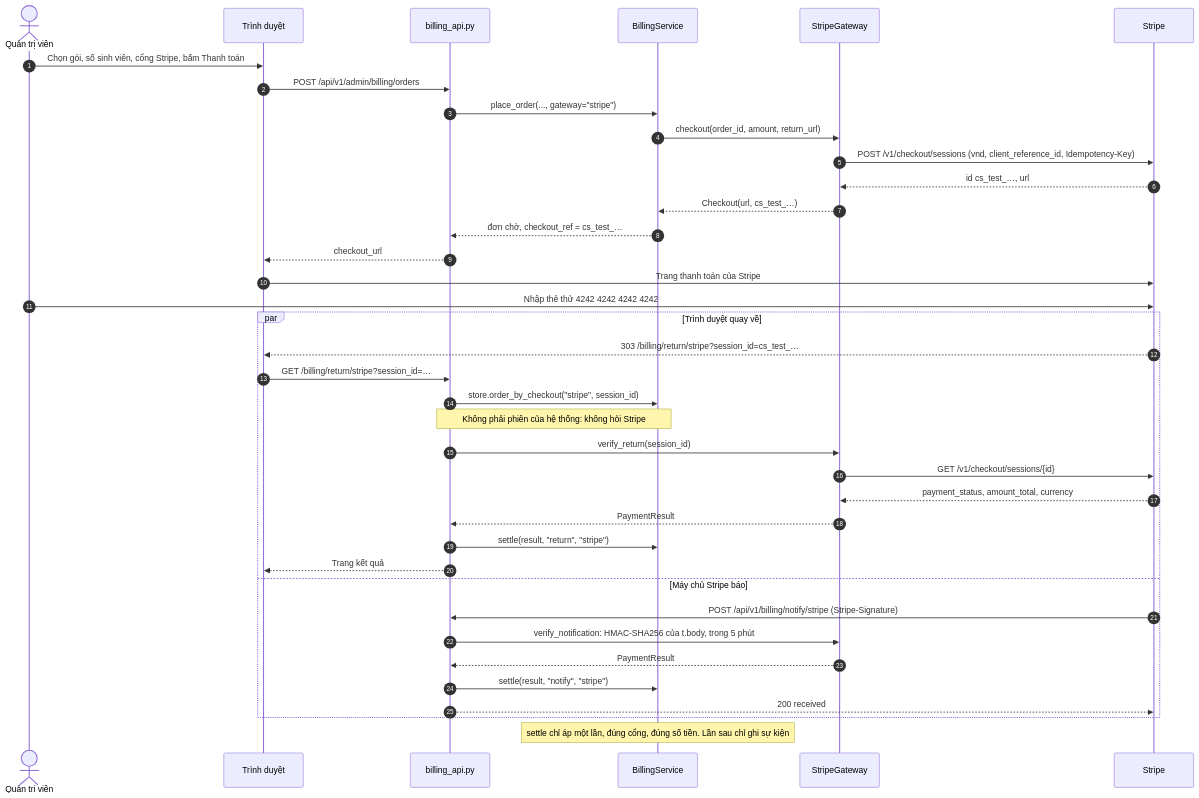
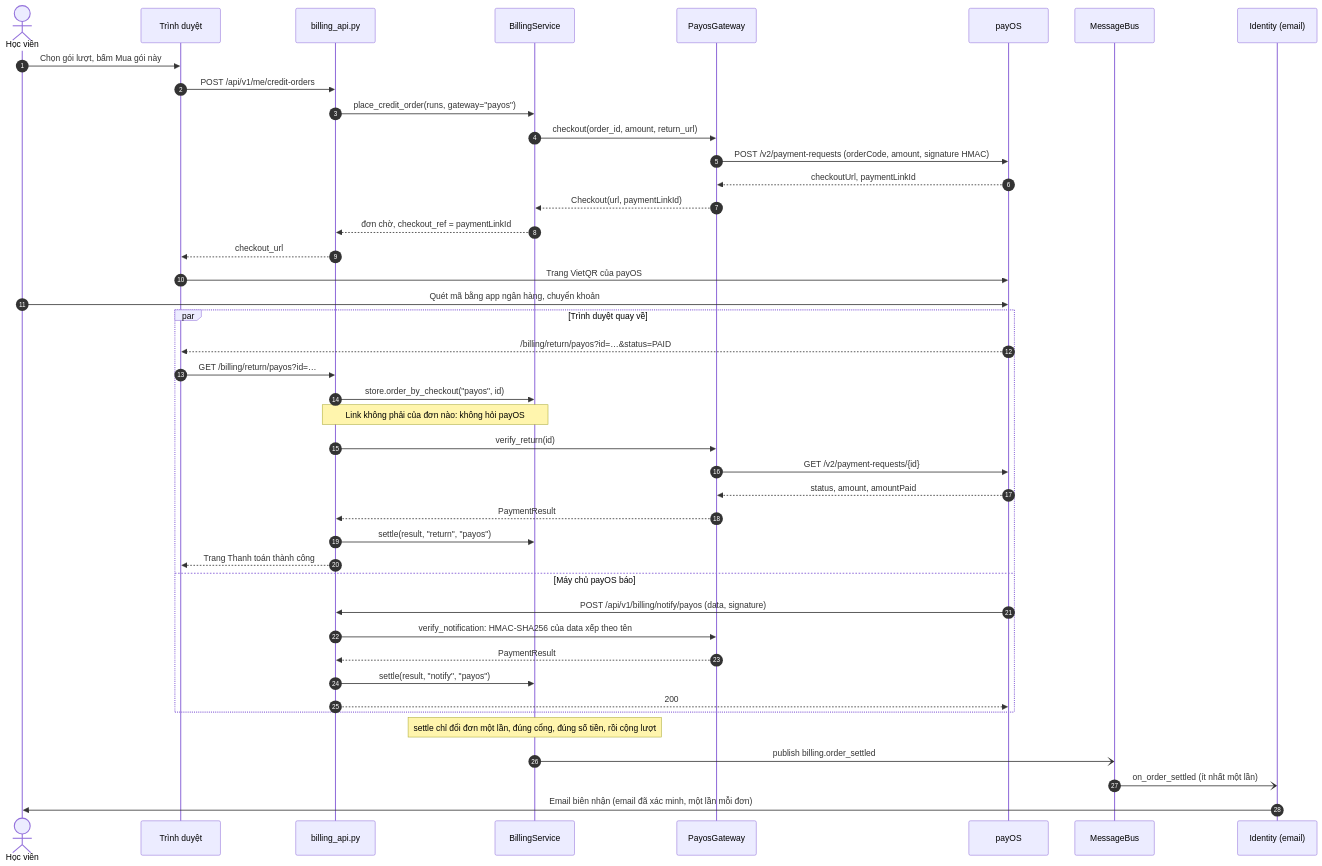
Diagram 11 of 11 in docs/sdd/SDD.md (ThanhSangLouis/ai-assessor-cefr), drawn with Mermaid before and after one commit. The commit also changed other lines of this file and 37 other files, not shown here.

First line of the commit message:
D097: gỡ Stripe khỏi hệ thống; sơ đồ lớp phân hệ thanh toán

````diff
--- a/docs/sdd/SDD.md
+++ b/docs/sdd/SDD.md
@@ -2237,44 +2239,49 @@
 ```mermaid
-%% SDD - So do 08: thanh toan qua Stripe Checkout, che do thu (D035)
+%% SDD - So do 08: mua goi luot qua payOS, chuyen khoan VietQR (D095, D096, D097)
 %% Ten ham, ten endpoint va ten su kien giu nguyen tieng Anh nhu trong ma nguon.
 sequenceDiagram
     autonumber
-    actor QT as Quản trị viên
+    actor HV as Học viên
     participant TD as Trình duyệt
     participant API as billing_api.py
     participant BS as BillingService
-    participant SG as StripeGateway
-    participant ST as Stripe
+    participant PG as PayosGateway
+    participant PO as payOS
+    participant BUS as MessageBus
+    participant ID as Identity (email)
 
-    QT->>TD: Chọn gói, số sinh viên, cổng Stripe, bấm Thanh toán
-    TD->>API: POST /api/v1/admin/billing/orders
-    API->>BS: place_order(..., gateway="stripe")
-    BS->>SG: checkout(order_id, amount, return_url)
-    SG->>ST: POST /v1/checkout/sessions (vnd, client_reference_id, Idempotency-Key)
-    ST-->>SG: id cs_test_…, url
-    SG-->>BS: Checkout(url, cs_test_…)
-    BS-->>API: đơn chờ, checkout_ref = cs_test_…
+    HV->>TD: Chọn gói lượt, bấm Mua gói này
+    TD->>API: POST /api/v1/me/credit-orders
+    API->>BS: place_credit_order(runs, gateway="payos")
+    BS->>PG: checkout(order_id, amount, return_url)
+    PG->>PO: POST /v2/payment-requests (orderCode, amount, signature HMAC)
+    PO-->>PG: checkoutUrl, paymentLinkId
+    PG-->>BS: Checkout(url, paymentLinkId)
+    BS-->>API: đơn chờ, checkout_ref = paymentLinkId
     API-->>TD: checkout_url
-    TD->>ST: Trang thanh toán của Stripe
-    QT->>ST: Nhập thẻ thử 4242 4242 4242 4242
+    TD->>PO: Trang VietQR của payOS
+    HV->>PO: Quét mã bằng app ngân hàng, chuyển khoản
 
     par Trình duyệt quay về
-        ST-->>TD: 303 /billing/return/stripe?session_id=cs_test_…
-        TD->>API: GET /billing/return/stripe?session_id=…
-        API->>BS: store.order_by_checkout("stripe", session_id)
-        Note over API,BS: Không phải phiên của hệ thống: không hỏi Stripe
-        API->>SG: verify_return(session_id)
-        SG->>ST: GET /v1/checkout/sessions/{id}
-        ST-->>SG: payment_status, amount_total, currency
-        SG-->>API: PaymentResult
-        API->>BS: settle(result, "return", "stripe")
-        API-->>TD: Trang kết quả
-    and Máy chủ Stripe báo
-        ST->>API: POST /api/v1/billing/notify/stripe (Stripe-Signature)
-        API->>SG: verify_notification: HMAC-SHA256 của t.body, trong 5 phút
-        SG-->>API: PaymentResult
-        API->>BS: settle(result, "notify", "stripe")
-        API-->>ST: 200 received
+        PO-->>TD: /billing/return/payos?id=…&status=PAID
+        TD->>API: GET /billing/return/payos?id=…
+        API->>BS: store.order_by_checkout("payos", id)
+        Note over API,BS: Link không phải của đơn nào: không hỏi payOS
+        API->>PG: verify_return(id)
+        PG->>PO: GET /v2/payment-requests/{id}
+        PO-->>PG: status, amount, amountPaid
+        PG-->>API: PaymentResult
+        API->>BS: settle(result, "return", "payos")
+        API-->>TD: Trang Thanh toán thành công
+    and Máy chủ payOS báo
+        PO->>API: POST /api/v1/billing/notify/payos (data, signature)
+        API->>PG: verify_notification: HMAC-SHA256 của data xếp theo tên
+        PG-->>API: PaymentResult
+        API->>BS: settle(result, "notify", "payos")
+        API-->>PO: 200
     end
-    Note over BS: settle chỉ áp một lần, đúng cổng, đúng số tiền. Lần sau chỉ ghi sự kiện
+    Note over BS: settle chỉ đổi đơn một lần, đúng cổng, đúng số tiền, rồi cộng lượt
+    BS-)BUS: publish billing.order_settled
+    BUS-)ID: on_order_settled (ít nhất một lần)
+    ID->>HV: Email biên nhận (email đã xác minh, một lần mỗi đơn)
 ```
````
